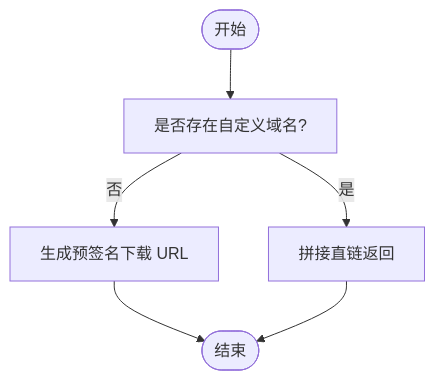
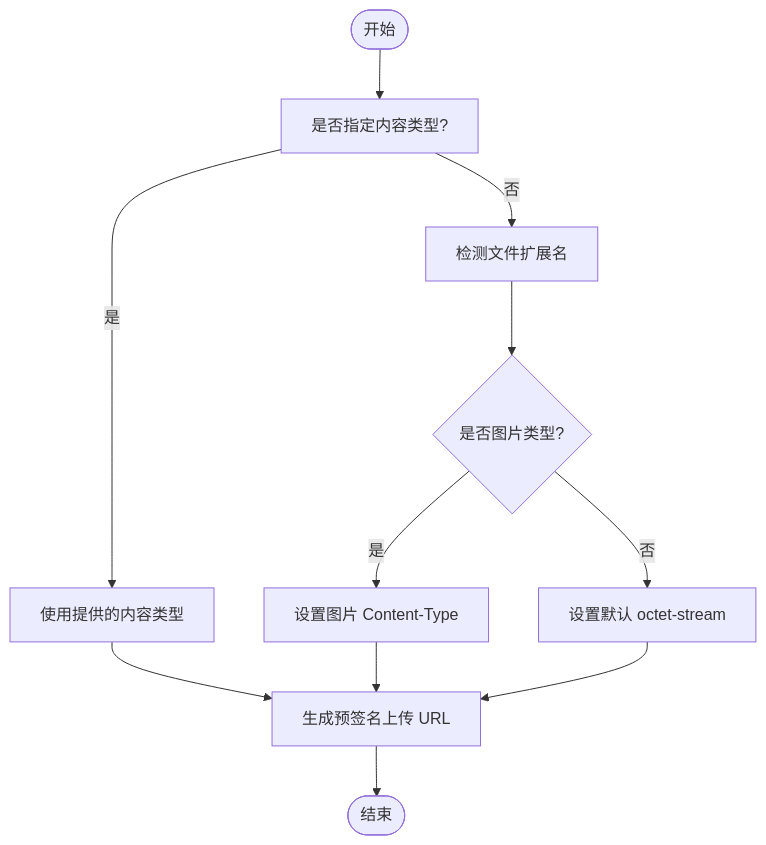
Before and after one commit to ATOMLubover/poprako: the fourth of 7 diagrams in .qoder/repowiki/zh/content/文件存储系统/文件存储系统.md, drawn with Mermaid. The commit also changed other lines of this file and 5 other files, not shown here.

````diff
--- a/.qoder/repowiki/zh/content/文件存储系统/文件存储系统.md
+++ b/.qoder/repowiki/zh/content/文件存储系统/文件存储系统.md
@@ -211,8 +291,13 @@
 ```mermaid
 flowchart TD
-Start(["开始"]) --> CheckCD["是否存在自定义域名?"]
-CheckCD --> |是| Direct["拼接直链返回"]
-CheckCD --> |否| Presign["生成预签名下载 URL"]
+Start(["开始"]) --> CheckCT["是否指定内容类型?"]
+CheckCT --> |是| UseProvided["使用提供的内容类型"]
+CheckCT --> |否| Detect["检测文件扩展名"]
+Detect --> IsImage{是否图片类型?}
+IsImage --> |是| SetImage["设置图片 Content-Type"]
+IsImage --> |否| SetDefault["设置默认 octet-stream"]
+UseProvided --> Presign["生成预签名上传 URL"]
+SetImage --> Presign
+SetDefault --> Presign
 Presign --> Done(["结束"])
-Direct --> Done
 ```
````
